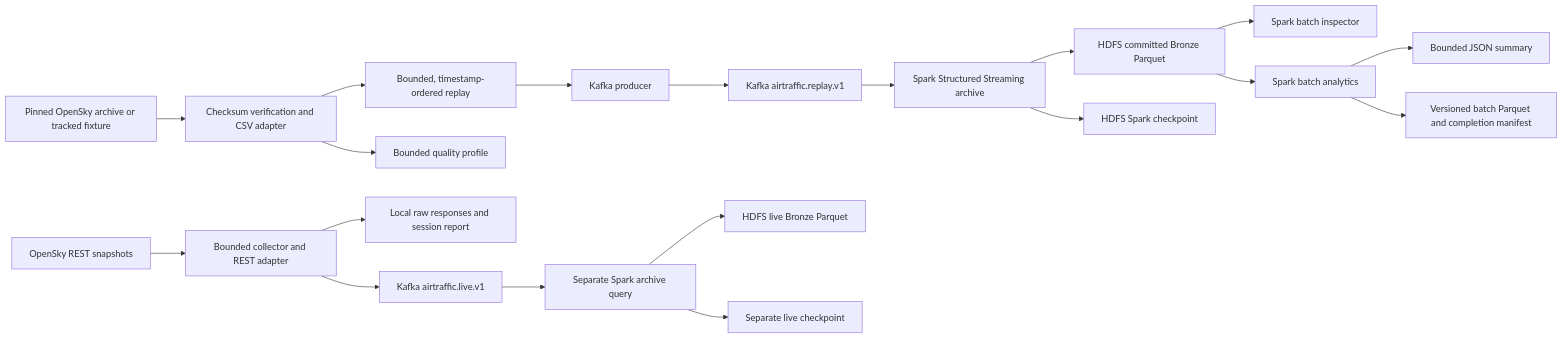
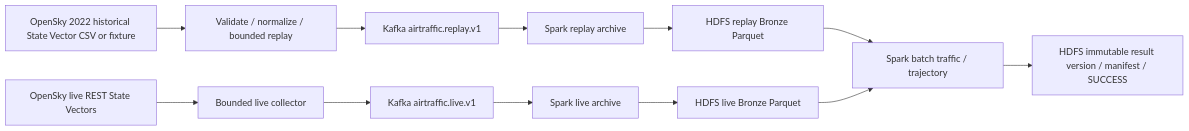
The first of 2 diagrams in docs/architecture.md (brianminhle/BigData_20261), drawn with Mermaid before and after one commit. The commit also changed other lines of this file and 47 other files, not shown here.

````diff
--- a/docs/architecture.md
+++ b/docs/architecture.md
@@ -7,21 +17,14 @@
 ```mermaid
 flowchart LR
-    SOURCE[Pinned OpenSky archive or tracked fixture] --> VERIFY[Checksum verification and CSV adapter]
-    VERIFY --> REPLAY[Bounded, timestamp-ordered replay]
-    REPLAY --> PRODUCER[Kafka producer]
-    PRODUCER --> TOPIC[Kafka airtraffic.replay.v1]
-    TOPIC --> ARCHIVE[Spark Structured Streaming archive]
-    ARCHIVE --> BRONZE[HDFS committed Bronze Parquet]
-    ARCHIVE --> CHECKPOINT[HDFS Spark checkpoint]
-    BRONZE --> INSPECT[Spark batch inspector]
-    BRONZE --> ANALYTICS[Spark batch analytics]
-    ANALYTICS --> SUMMARY[Bounded JSON summary]
-    ANALYTICS --> OUTPUT[Versioned batch Parquet and completion manifest]
-    VERIFY --> PROFILE[Bounded quality profile]
-    LIVE[OpenSky REST snapshots] --> COLLECT[Bounded collector and REST adapter]
-    COLLECT --> EVIDENCE[Local raw responses and session report]
-    COLLECT --> LIVE_TOPIC[Kafka airtraffic.live.v1]
-    LIVE_TOPIC --> LIVE_ARCHIVE[Separate Spark archive query]
-    LIVE_ARCHIVE --> LIVE_BRONZE[HDFS live Bronze Parquet]
-    LIVE_ARCHIVE --> LIVE_CHECKPOINT[Separate live checkpoint]
+    CSV[OpenSky 2022 historical State Vector CSV or fixture] --> ADAPT[Validate / normalize / bounded replay]
+    REST[OpenSky live REST State Vectors] --> COLLECT[Bounded live collector]
+    ADAPT --> KR[Kafka airtraffic.replay.v1]
+    COLLECT --> KL[Kafka airtraffic.live.v1]
+    KR --> AR[Spark replay archive]
+    KL --> AL[Spark live archive]
+    AR --> HR[HDFS replay Bronze Parquet]
+    AL --> HL[HDFS live Bronze Parquet]
+    HR --> B[Spark batch traffic / trajectory]
+    HL --> B
+    B --> SAVED[HDFS immutable result version / manifest / SUCCESS]
 ```
````
